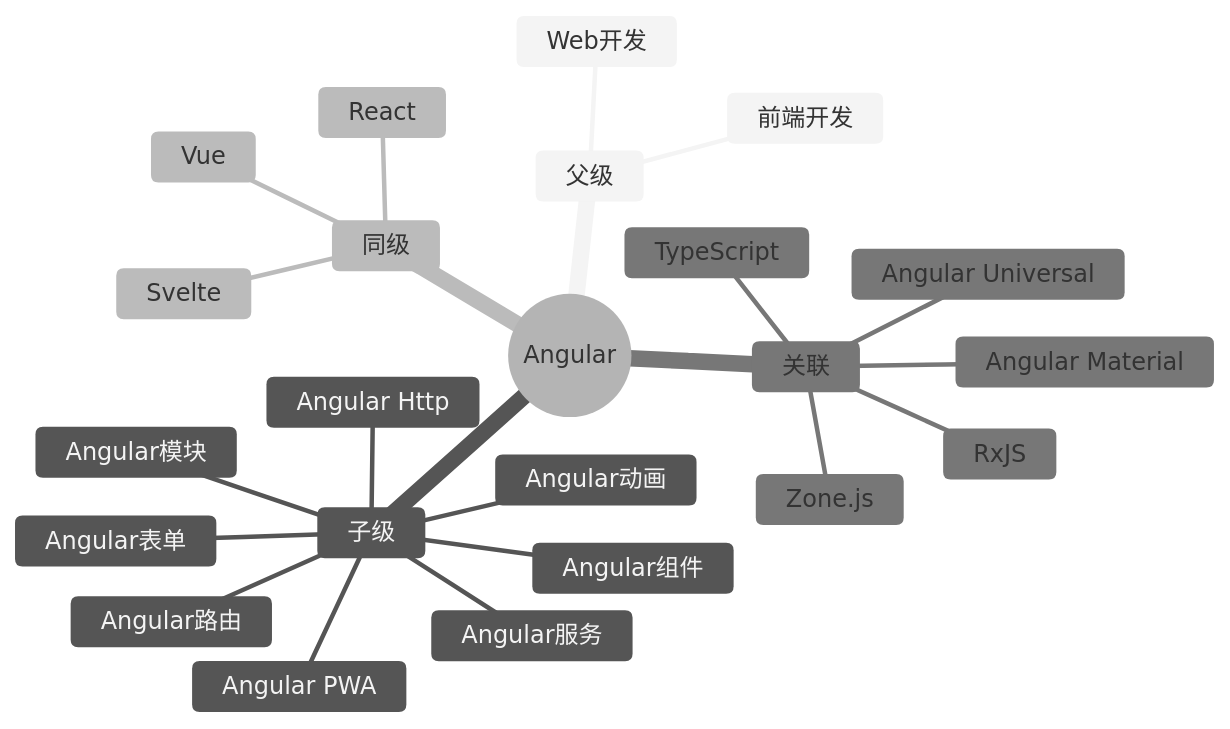
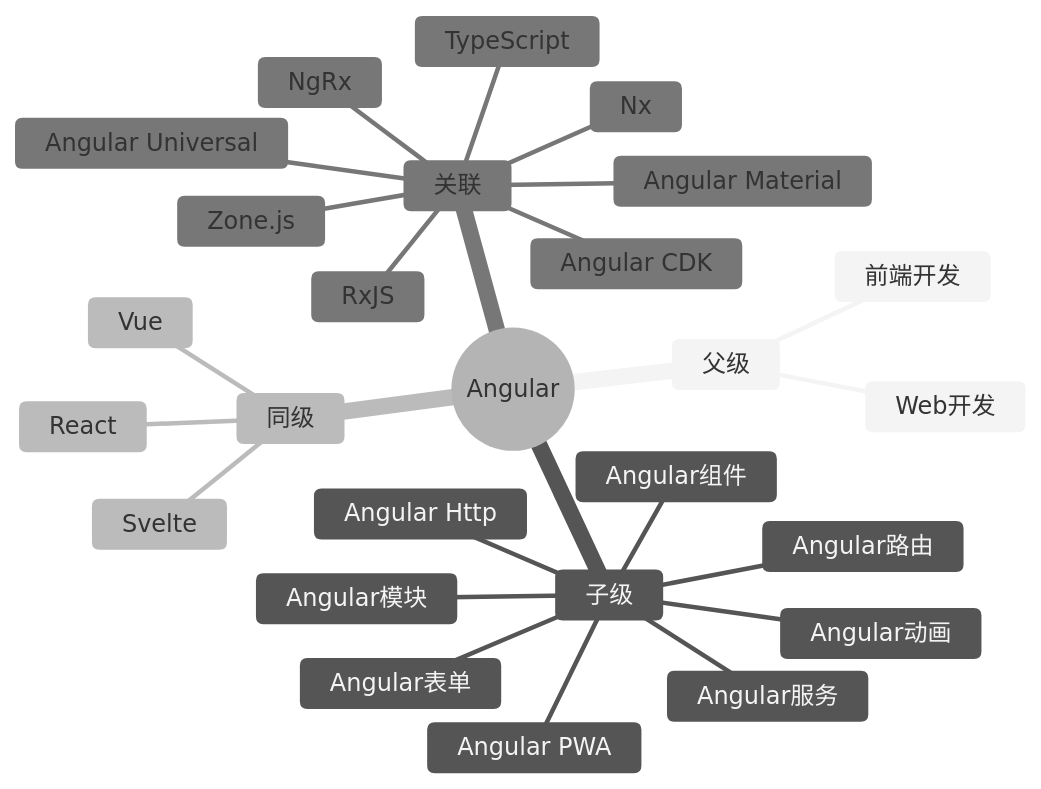
The diagram in content/20-AREAS/A-前端/Angular.md (pedyc/dg.pedyc), drawn with Mermaid (neutral theme) before and after one commit. The commit also changed 11 other files, not shown here.

````diff
--- a/content/20-AREAS/A-前端/Angular.md
+++ b/content/20-AREAS/A-前端/Angular.md
@@ -22,26 +22,29 @@
 ```mermaid
 mindmap
     root((Angular))
         父级
             前端开发
             Web开发
         子级
             Angular组件
             Angular服务
             Angular模块
             Angular路由
             Angular表单
             Angular Http
             Angular动画
             Angular PWA
         同级
             React
             Vue
             Svelte
         关联
             RxJS
             TypeScript
             Zone.js
             Angular Material
             Angular Universal
+            NgRx
+            Angular CDK
+            Nx
 ```
````
